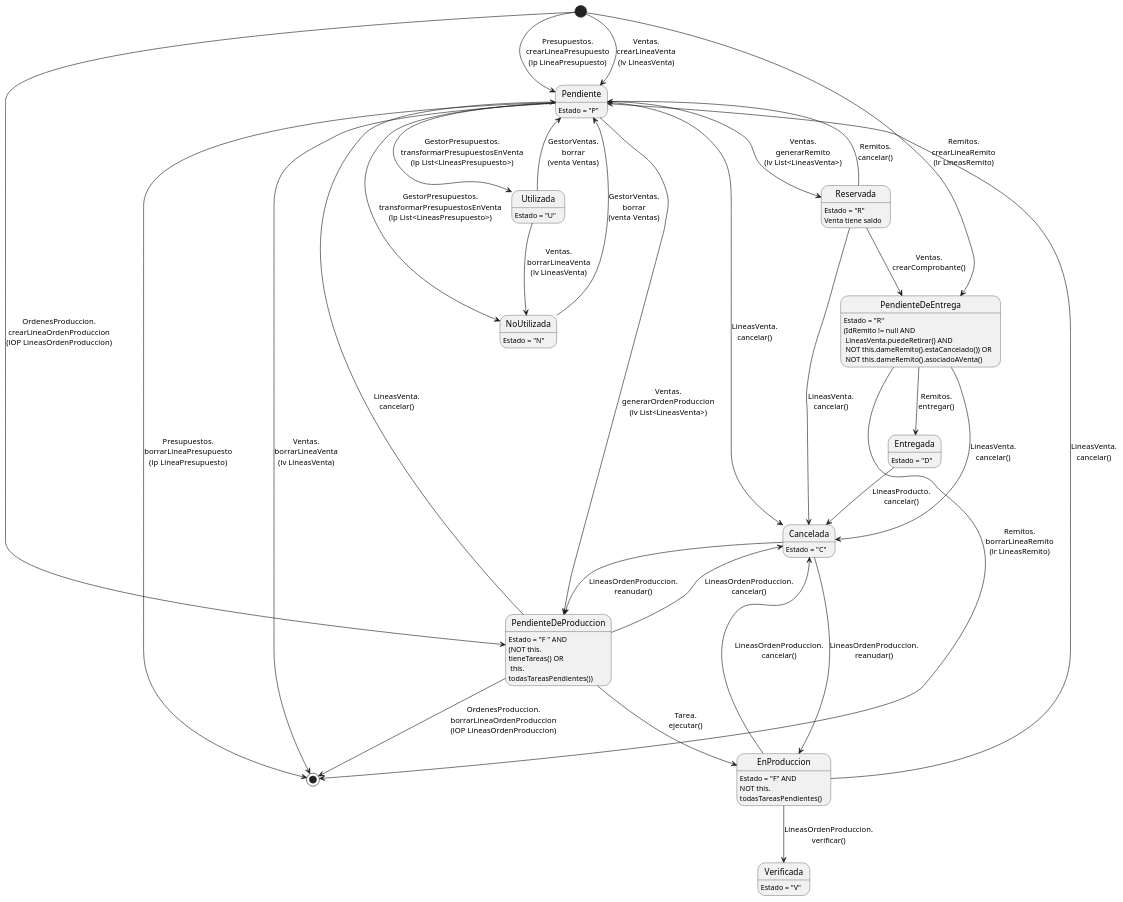
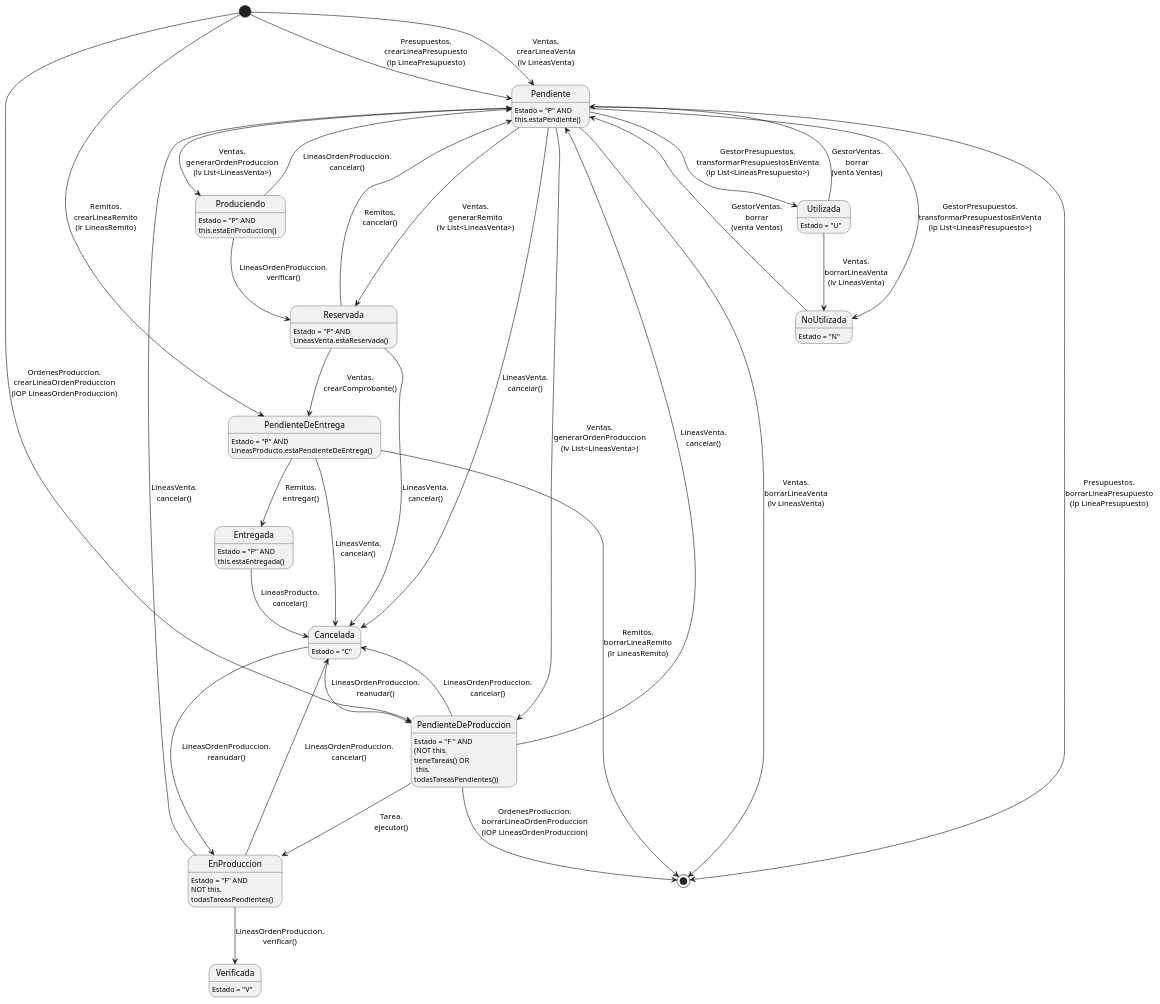
The third of 7 diagrams in DiagramasEstado/DiagramaDeEstado.puml (ZMGestion/DocumentacionZMGestion), drawn with PlantUML before and after one commit. The commit also changed 8 other files, not shown here.

Commit message:
Cambios DiagramaDeEstado e Imagenes

```diff
--- a/DiagramasEstado/DiagramaDeEstado.puml
+++ b/DiagramasEstado/DiagramaDeEstado.puml
@@ -40,50 +40,57 @@
 @startuml lineasProducto
-Pendiente: Estado = "P"
+Pendiente: Estado = "P" AND
+Pendiente: this.estaPendiente()
+Produciendo: Estado = "P" AND
+Produciendo: this.estaEnProduccion()
 Cancelada: Estado = "C"
 NoUtilizada: Estado = "N"
 Utilizada: Estado = "U"
 PendienteDeProduccion: Estado = "F " AND
 PendienteDeProduccion:(NOT this.\ntieneTareas() OR\n this.\ntodasTareasPendientes())
 EnProduccion: Estado = "F" AND
 EnProduccion: NOT this.\ntodasTareasPendientes()
 Verificada: Estado = "V"
-Reservada: Estado = "R"
-Reservada: Venta tiene saldo
-PendienteDeEntrega: Estado = "R"
-PendienteDeEntrega: (IdRemito != null AND\n LineasVenta.puedeRetirar() AND\n NOT this.dameRemito().estaCancelado()) OR\n NOT this.dameRemito().asociadoAVenta()
+Reservada: Estado = "P" AND
+Reservada: LineasVenta.estaReservada()
+PendienteDeEntrega: Estado = "P" AND
+PendienteDeEntrega: LineasProducto.estaPendienteDeEntrega()
 'Hicimos que estado = D para simplicidad en la busqueda.
-Entregada: Estado = "D" 
+Entregada: Estado = "P" AND
+Entregada: this.estaEntregada() 
 
 top to bottom direction
 [*] --> Pendiente: Presupuestos.\ncrearLineaPresupuesto\n(lp LineaPresupuesto)
 [*] --> Pendiente: Ventas.\ncrearLineaVenta\n(lv LineasVenta)
 [*] --> PendienteDeEntrega: Remitos.\ncrearLineaRemito\n(lr LineasRemito)
 Pendiente --> [*]: Ventas.\nborrarLineaVenta\n(lv LineasVenta)
 Pendiente --> [*]: Presupuestos.\nborrarLineaPresupuesto\n(lp LineaPresupuesto)
 [*] --> PendienteDeProduccion: OrdenesProduccion.\ncrearLineaOrdenProduccion\n(lOP LineasOrdenProduccion)
 PendienteDeProduccion --> [*]: OrdenesProduccion.\nborrarLineaOrdenProduccion\n(lOP LineasOrdenProduccion)
 Pendiente --> Utilizada: GestorPresupuestos.\ntransformarPresupuestosEnVenta\n(lp List<LineasPresupuesto>)
 Utilizada --> Pendiente: GestorVentas.\nborrar\n(venta Ventas)
 Pendiente --> NoUtilizada: GestorPresupuestos.\ntransformarPresupuestosEnVenta\n(lp List<LineasPresupuesto>)
 NoUtilizada --> Pendiente: GestorVentas.\nborrar\n(venta Ventas)
 Utilizada --> NoUtilizada: Ventas.\nborrarLineaVenta\n(lv LineasVenta)
 Pendiente --> Cancelada: LineasVenta.\ncancelar()
 Pendiente --> PendienteDeProduccion: Ventas.\ngenerarOrdenProduccion\n(lv List<LineasVenta>)
+Pendiente --> Produciendo: Ventas.\ngenerarOrdenProduccion\n(lv List<LineasVenta>)
 Pendiente --> Reservada: Ventas.\ngenerarRemito\n(lv List<LineasVenta>)
+Produciendo --> Pendiente: LineasOrdenProduccion.\ncancelar()
+Produciendo --> Reservada: LineasOrdenProduccion.\nverificar()
 Reservada --> Pendiente: Remitos.\ncancelar()
 PendienteDeProduccion --> Cancelada: LineasOrdenProduccion.\ncancelar()
 PendienteDeProduccion --> EnProduccion: Tarea.\nejecutar()
 PendienteDeProduccion --> Pendiente: LineasVenta.\ncancelar()
 EnProduccion --> Cancelada: LineasOrdenProduccion.\ncancelar()
 EnProduccion --> Pendiente: LineasVenta.\ncancelar()
 Cancelada --> EnProduccion: LineasOrdenProduccion.\nreanudar()
 Cancelada --> PendienteDeProduccion: LineasOrdenProduccion.\nreanudar()
 Reservada --> Cancelada: LineasVenta.\ncancelar()
 EnProduccion --> Verificada: LineasOrdenProduccion.\nverificar()
 Reservada --> PendienteDeEntrega: Ventas.\ncrearComprobante()
 PendienteDeEntrega --> Entregada: Remitos.\nentregar()
 PendienteDeEntrega --> Cancelada: LineasVenta.\ncancelar()
 PendienteDeEntrega --> [*]: Remitos.\nborrarLineaRemito\n(lr LineasRemito)
 Entregada --> Cancelada: LineasProducto.\ncancelar()
 
 @enduml
```
